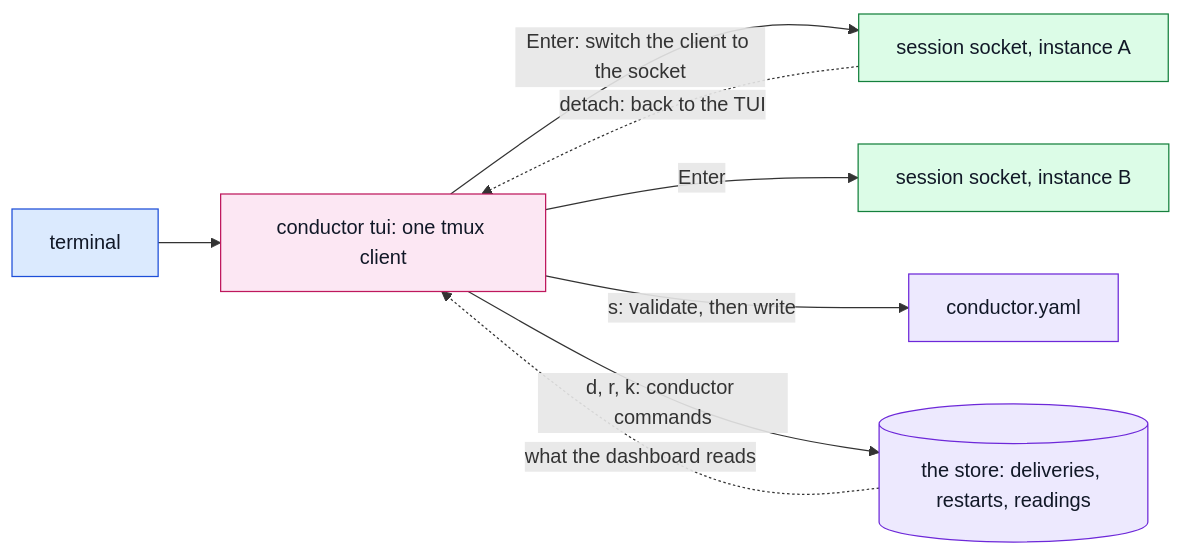
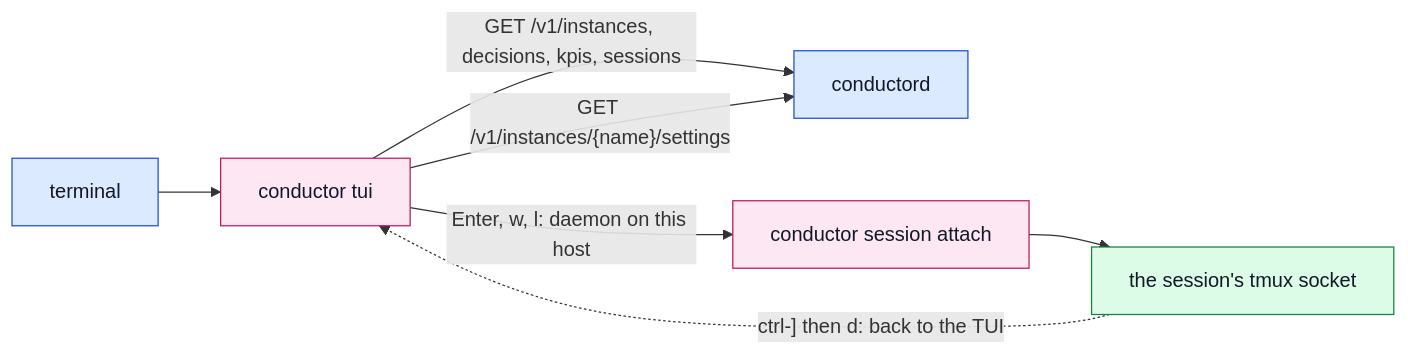
Before and after one commit to beyond10x/conductor: the tenth of 12 diagrams in website/docs/concepts/architecture.md, drawn with Mermaid. The commit also changed other lines of this file and 116 other files, not shown here.

First line of the commit message:
v1 wave 5: the TUI, the tuner, the remote daemon, the token pool, the substrate box, the host roles

````diff
--- a/website/docs/concepts/architecture.md
+++ b/website/docs/concepts/architecture.md
@@ -615,14 +616,12 @@
 ```mermaid
 flowchart LR
   classDef host fill:#dbeafe,stroke:#1d4ed8,color:#111827
   classDef model fill:#dcfce7,stroke:#15803d,color:#111827
-  classDef store fill:#ede9fe,stroke:#6d28d9,color:#111827
   classDef cmd fill:#fce7f3,stroke:#be185d,color:#111827
-  term["terminal"]:::host --> tui["conductor tui: one tmux client"]:::cmd
-  tui -->|Enter: switch the client to the socket| sa["session socket, instance A"]:::model
-  tui -->|Enter| sb["session socket, instance B"]:::model
-  sa -.->|detach: back to the TUI| tui
-  tui -->|s: validate, then write| cfg["conductor.yaml"]:::store
-  tui -->|d, r, k: conductor commands| store[("the store: deliveries, restarts, readings")]:::store
-  store -.->|what the dashboard reads| tui
+  term["terminal"]:::host --> tui["conductor tui"]:::cmd
+  tui -->|"GET /v1/instances, decisions, kpis, sessions"| daemon["conductord"]:::host
+  tui -->|"GET /v1/instances/{name}/settings"| daemon
+  tui -->|"Enter, w, l: daemon on this host"| attach["conductor session attach"]:::cmd
+  attach --> sock["the session's tmux socket"]:::model
+  sock -.->|"ctrl-] then d: back to the TUI"| tui
 ```
````
